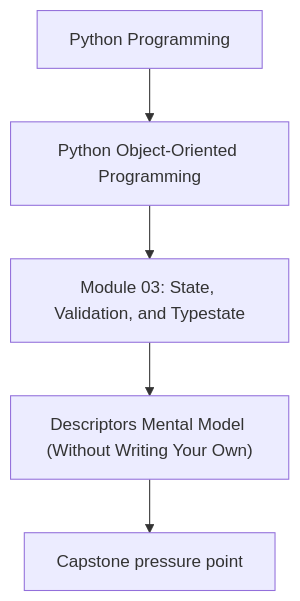
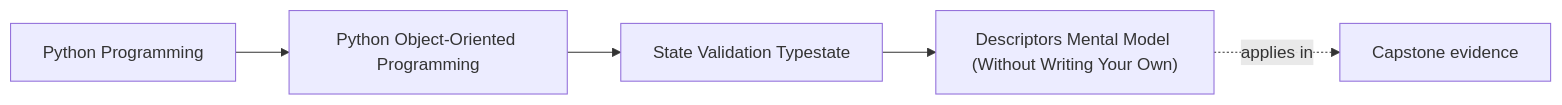
Before and after one commit to bijux/bijux-masterclass: the first of 2 diagrams in programs/python-programming/python-object-oriented-programming/course-book/module-03-state-validation-typestate/descriptor-mental-model.md, drawn with Mermaid. The commit also changed other lines of this file and 65 other files, not shown here.

Commit message:
docs(python-object-oriented-programming): map object model and design foundations

````diff
--- a/programs/python-programming/python-object-oriented-programming/course-book/module-03-state-validation-typestate/descriptor-mental-model.md
+++ b/programs/python-programming/python-object-oriented-programming/course-book/module-03-state-validation-typestate/descriptor-mental-model.md
@@ -7,7 +7,11 @@
 ```mermaid
-flowchart TD
-  family["Python Programming"] --> program["Python Object-Oriented Programming"]
-  program --> module["Module 03: State, Validation, and Typestate"]
-  module --> concept["Descriptors Mental Model (Without Writing Your Own)"]
-  concept --> capstone["Capstone pressure point"]
+graph LR
+  family["Python Programming"]
+  program["Python Object-Oriented Programming"]
+  section["State Validation Typestate"]
+  page["Descriptors Mental Model (Without Writing Your Own)"]
+  capstone["Capstone evidence"]
+
+  family --> program --> section --> page
+  page -.applies in.-> capstone
 ```
````
